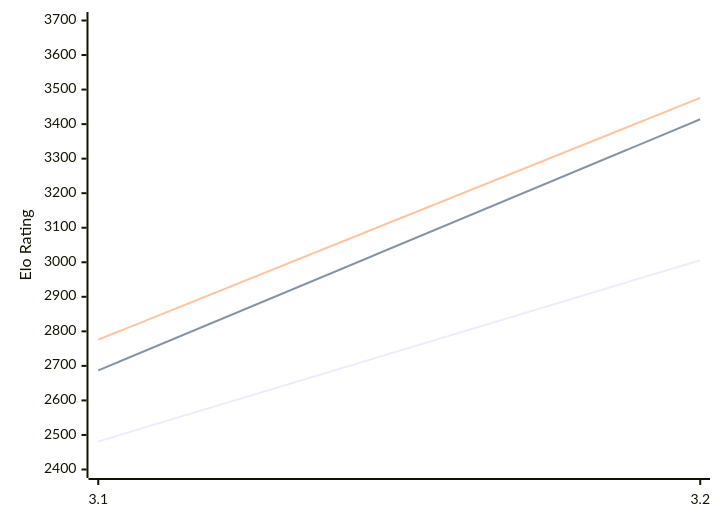
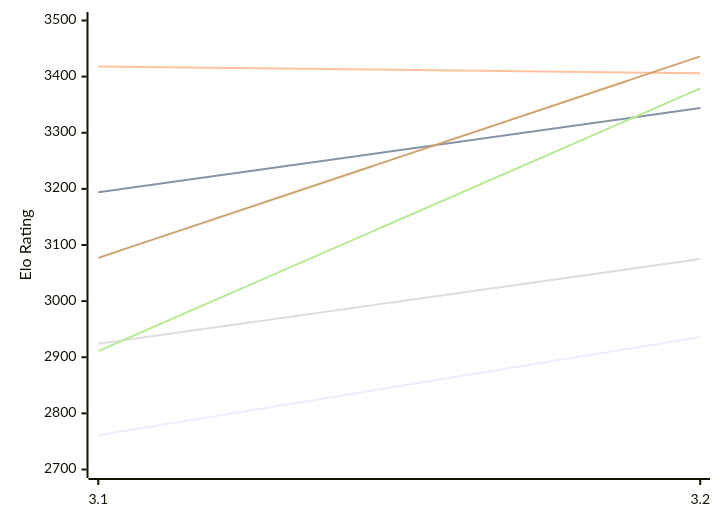
Before and after one commit to computer-chess-index/cci: the first of 2 diagrams in engines/Thrawn.md, drawn with Mermaid. The commit also changed other lines of this file, not shown here.

Commit message:
Update CCI Ratings (ELO VLTC) - 2026-11-13

````diff
--- a/engines/Thrawn.md
+++ b/engines/Thrawn.md
@@ -52,12 +52,12 @@
 ```mermaid
 %%{init: {"theme":"base","themeVariables":{"seriesColors:['#a3a3a3','#222221','#faa371']}}}%%
 xychart-beta
   x-axis ["3.1", "3.2"]
-  y-axis "Elo Rating" 2400 --> 3700
-  line "E1: STC (8.0+0.08s)" [2481, 3006]
-  line "E1: LTC (60.0+0.60s)" [2687, 3414]
-  line "E1: VLTC (2m24s+1.12s)" [2776, 3476]
-  line "P1: STC (8.0+0.08s)" [3241]
-  line "P1: LTC (60.0+0.60s)" [3546]
-  line "P1: VLTC (2m24s+1.12s)" [3603]
+  y-axis "Elo Rating" 2700 --> 3500
+  line "E1: STC (8.0+0.08s)" [2761, 2936]
+  line "E1: LTC (60.0+0.60s)" [3194, 3344]
+  line "E1: VLTC (2m24s+1.12s)" [3418, 3406]
+  line "P1: STC (8.0+0.08s)" [2924, 3075]
+  line "P1: LTC (60.0+0.60s)" [2911, 3379]
+  line "P1: VLTC (2m24s+1.12s)" [3077, 3436]
 ```
````
